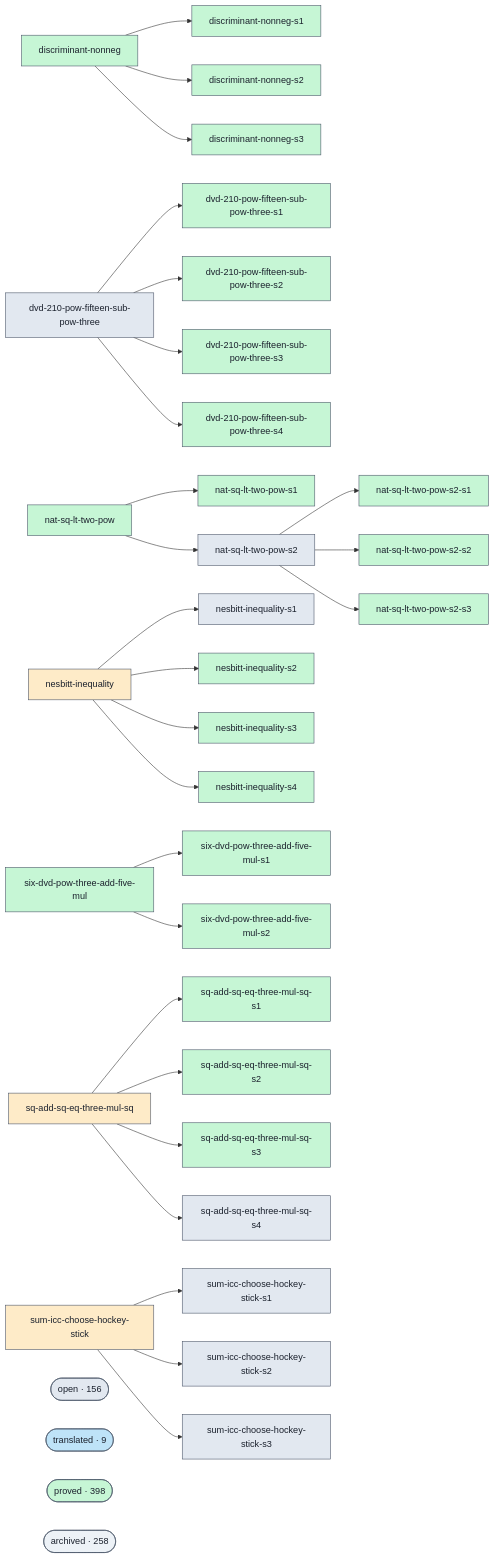
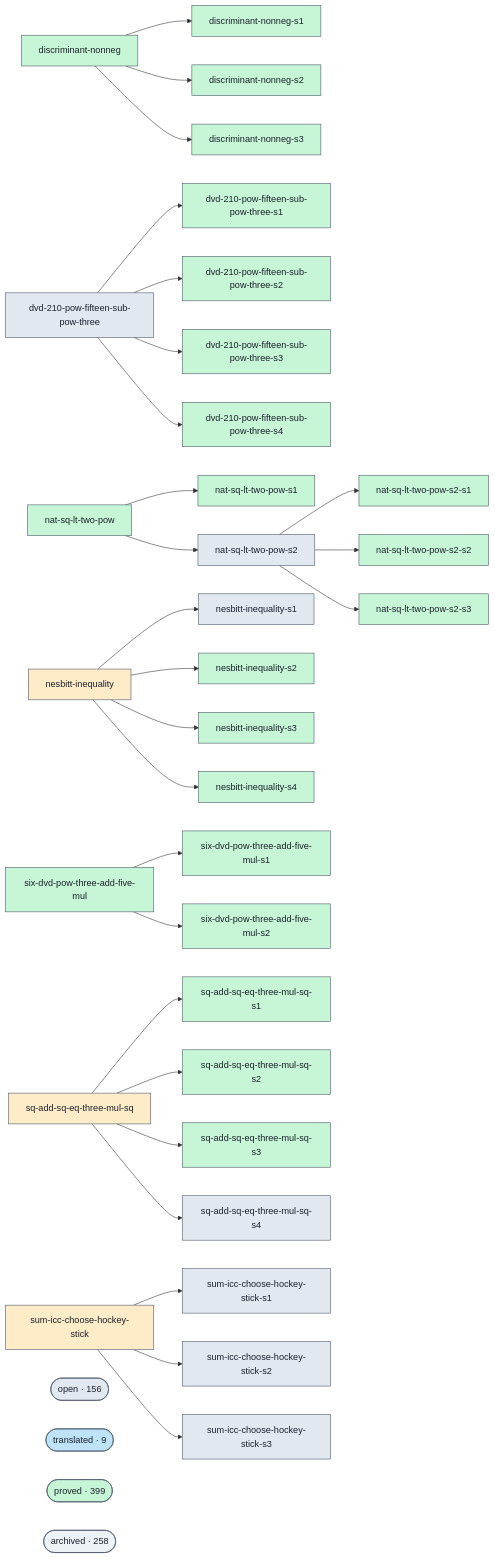
The diagram in docs/proofs-contributors-visualisation.md (ohdearquant/unsorry), drawn with Mermaid before and after one commit. The commit also changed other lines of this file and 2 other files, not shown here.

```diff
--- a/docs/proofs-contributors-visualisation.md
+++ b/docs/proofs-contributors-visualisation.md
@@ -147,7 +147,7 @@
   class cluster_open open;
   cluster_translated(["translated · 9"])
   class cluster_translated translated;
-  cluster_proved(["proved · 398"])
+  cluster_proved(["proved · 399"])
   class cluster_proved proved;
   cluster_archived(["archived · 258"])
   class cluster_archived unknown;
```
